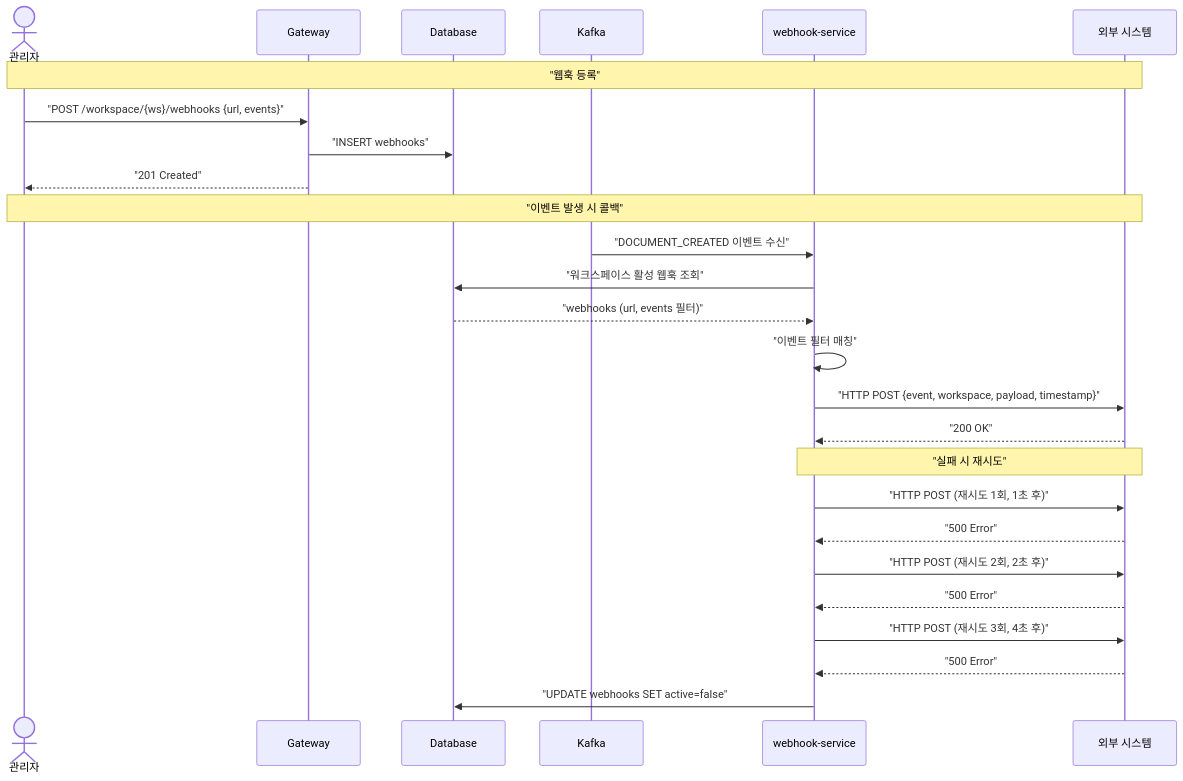
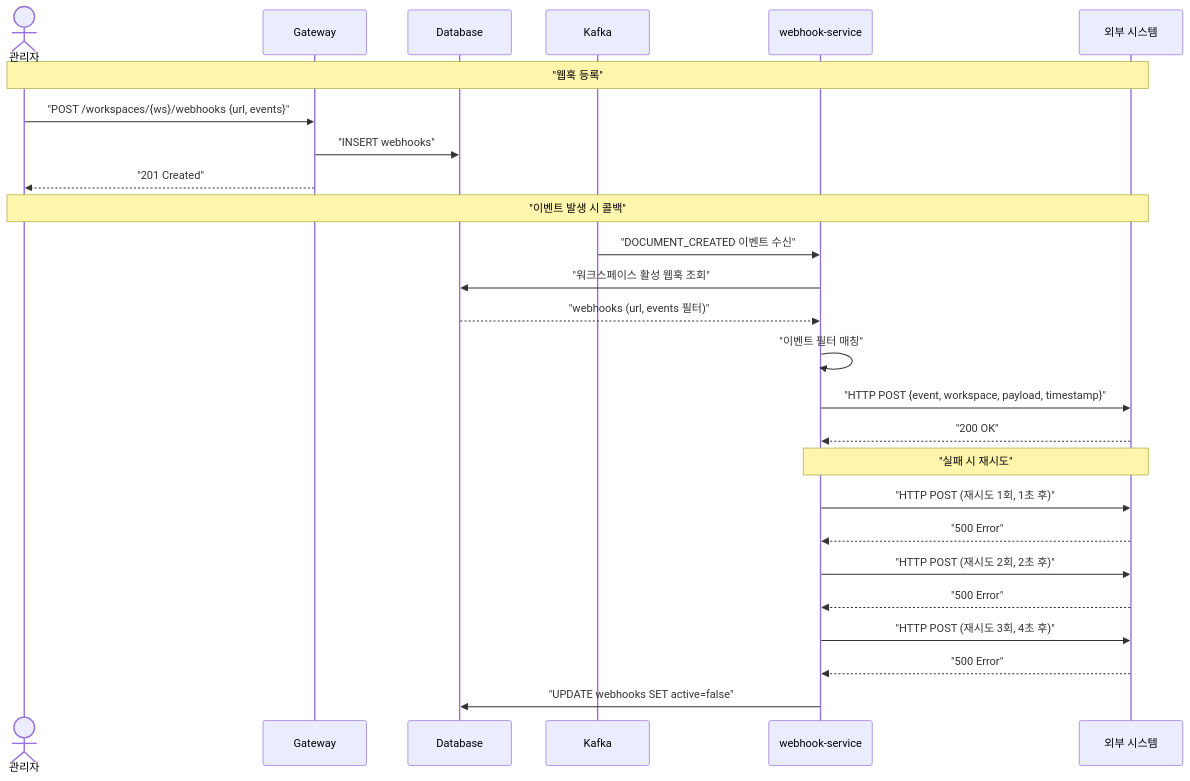
One commit to sayaya1090/handbook changed diagram 26 of 28 in docs/usecases.md. Above: the diagram before and after it, drawn with Mermaid. The commit also changed other lines of this file and 58 other files, not shown here.

````diff
--- a/docs/usecases.md
+++ b/docs/usecases.md
@@ -1843,31 +1843,31 @@
 ```mermaid
 sequenceDiagram
     actor Admin as 관리자
     participant API as Gateway
     participant DB as Database
     participant K as Kafka
     participant WS as webhook-service
     participant Ext as 외부 시스템
 
     Note over Admin,Ext: "웹훅 등록"
-    Admin->>API: "POST /workspace/{ws}/webhooks {url, events}"
+    Admin->>API: "POST /workspaces/{ws}/webhooks {url, events}"
     API->>DB: "INSERT webhooks"
     API-->>Admin: "201 Created"
 
     Note over Admin,Ext: "이벤트 발생 시 콜백"
     K->>WS: "DOCUMENT_CREATED 이벤트 수신"
     WS->>DB: "워크스페이스 활성 웹훅 조회"
     DB-->>WS: "webhooks (url, events 필터)"
     WS->>WS: "이벤트 필터 매칭"
     WS->>Ext: "HTTP POST {event, workspace, payload, timestamp}"
     Ext-->>WS: "200 OK"
 
     Note over WS,Ext: "실패 시 재시도"
     WS->>Ext: "HTTP POST (재시도 1회, 1초 후)"
     Ext-->>WS: "500 Error"
     WS->>Ext: "HTTP POST (재시도 2회, 2초 후)"
     Ext-->>WS: "500 Error"
     WS->>Ext: "HTTP POST (재시도 3회, 4초 후)"
     Ext-->>WS: "500 Error"
     WS->>DB: "UPDATE webhooks SET active=false"
 ```
````
